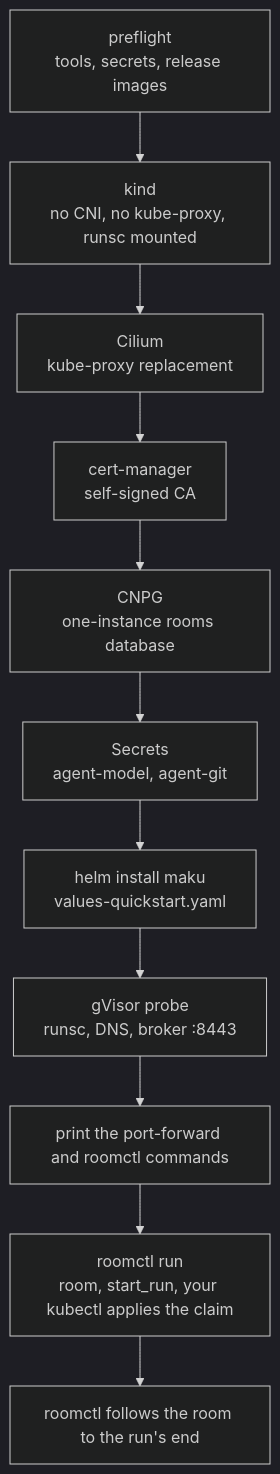
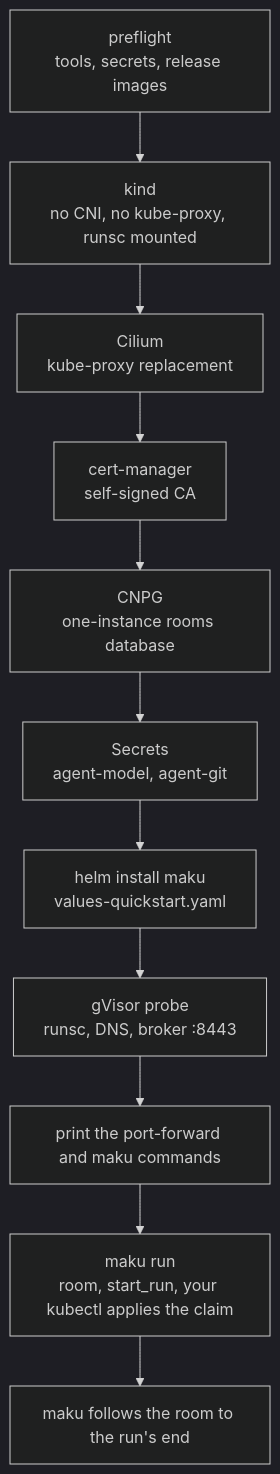
One commit to Smana/agent-platform changed the diagram in docs/quickstart.md. Above: the diagram before and after it, drawn with Mermaid (dark theme). The commit also changed other lines of this file and 26 other files, not shown here.

````diff
--- a/docs/quickstart.md
+++ b/docs/quickstart.md
@@ -25,8 +25,8 @@
 ```mermaid
 flowchart TD
   P["preflight<br/>tools, secrets, release images"] --> K["kind<br/>no CNI, no kube-proxy, runsc mounted"]
   K --> C["Cilium<br/>kube-proxy replacement"] --> M["cert-manager<br/>self-signed CA"]
   M --> N["CNPG<br/>one-instance rooms database"] --> S["Secrets<br/>agent-model, agent-git"]
   S --> H["helm install maku<br/>values-quickstart.yaml"]
-  H --> G["gVisor probe<br/>runsc, DNS, broker :8443"] --> F["print the port-forward and roomctl commands"] --> R["roomctl run<br/>room, start_run, your kubectl applies the claim"] --> W["roomctl follows the room to the run's end"]
+  H --> G["gVisor probe<br/>runsc, DNS, broker :8443"] --> F["print the port-forward and maku commands"] --> R["maku run<br/>room, start_run, your kubectl applies the claim"] --> W["maku follows the room to the run's end"]
 ```
````
